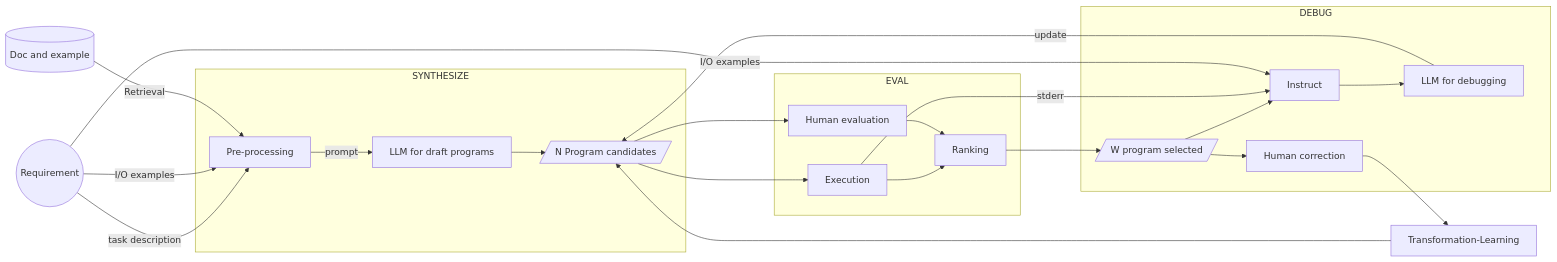
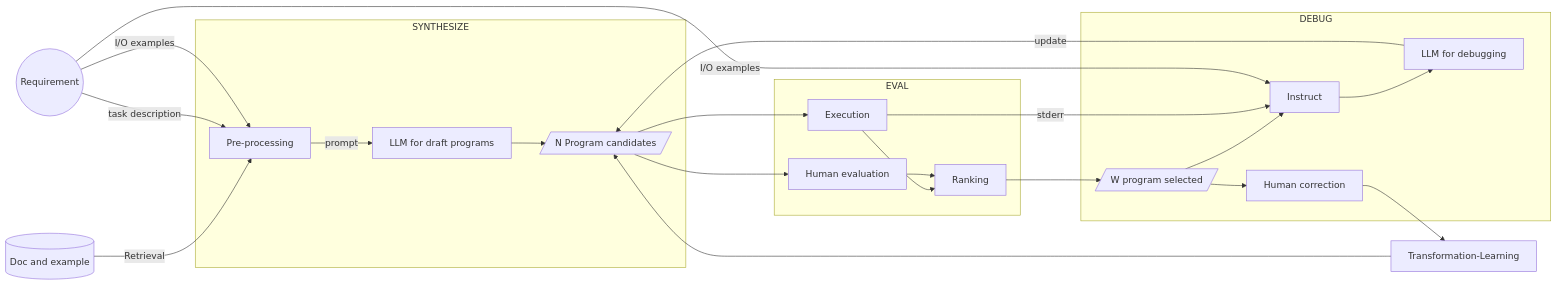
The second of 2 diagrams in Code-Generation.md (AI-LLM/ai-llm.github.io), drawn with Mermaid before and after one commit. The commit also changed other lines of this file, not shown here.

````diff
--- a/Code-Generation.md
+++ b/Code-Generation.md
@@ -59,27 +59,27 @@
 ```mermaid
 graph LR;
+doc[(Doc and example)] -- Retrieval --> Pre-processing
 S((Requirement)) -- task description --> Pre-processing
 S -- I/O examples --> Pre-processing
-doc[(Doc and example)] -- Retrieval --> Pre-processing
 subgraph SYNTHESIZE
 Pre-processing -- prompt --> LLMsynth[LLM for draft programs]
 LLMsynth --> PN[/N Program candidates/]
 end
+PN --> Evaluation[Human evaluation]
 PN --> Execution
-PN --> Evaluation[Human evaluation]
 subgraph EVAL
 Execution --> Ranking
 Evaluation --> Ranking
 end
 Ranking --> PS[/W program selected/]
 subgraph DEBUG
 PS --> Instruct
 Execution -- stderr --> Instruct
 Instruct --> LLMdebug[LLM for debugging]
 PS --> Correction[Human correction]
 end
 S -- I/O examples --> Instruct
 LLMdebug -- update --> PN
 Correction --> Transformation-Learning
 Transformation-Learning --> PN
 ```
````
